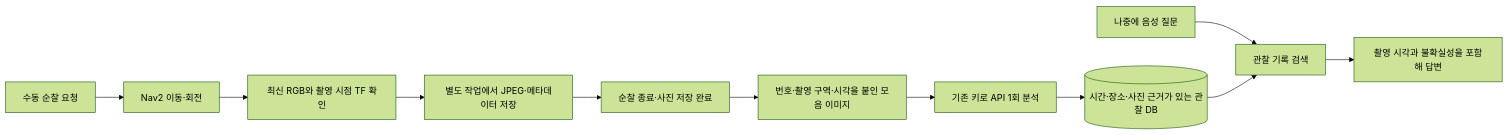
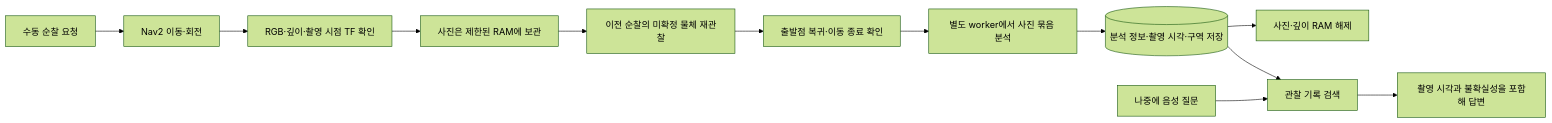
One commit to SWM-malbut/malbut changed the first of 2 diagrams in malbut_autonomy/malbut_patrol/README.md. Above: the diagram before and after it, drawn with Mermaid (forest theme). The commit also changed other lines of this file and 15 other files, not shown here.

````diff
--- a/malbut_autonomy/malbut_patrol/README.md
+++ b/malbut_autonomy/malbut_patrol/README.md
@@ -175,13 +175,14 @@
 ```mermaid
 flowchart LR
     A[수동 순찰 요청] --> B[Nav2 이동·회전]
-    B --> C[최신 RGB와 촬영 시점 TF 확인]
-    C --> D[별도 작업에서 JPEG·메타데이터 저장]
-    D --> E[순찰 종료·사진 저장 완료]
-    E --> K[번호·촬영 구역·시각을 붙인 모음 이미지]
-    K --> F[기존 키로 API 1회 분석]
-    F --> G[(시간·장소·사진 근거가 있는 관찰 DB)]
+    B --> C[RGB·깊이·촬영 시점 TF 확인]
+    C --> D[사진은 제한된 RAM에 보관]
+    D --> E[이전 순찰의 미확정 물체 재관찰]
+    E --> R[출발점 복귀·이동 종료 확인]
+    R --> F[별도 worker에서 사진 묶음 분석]
+    F --> G[(분석 정보·촬영 시각·구역 저장)]
+    G --> X[사진·깊이 RAM 해제]
     H[나중에 음성 질문] --> I[관찰 기록 검색]
     G --> I
     I --> J[촬영 시각과 불확실성을 포함해 답변]
 ```
````
